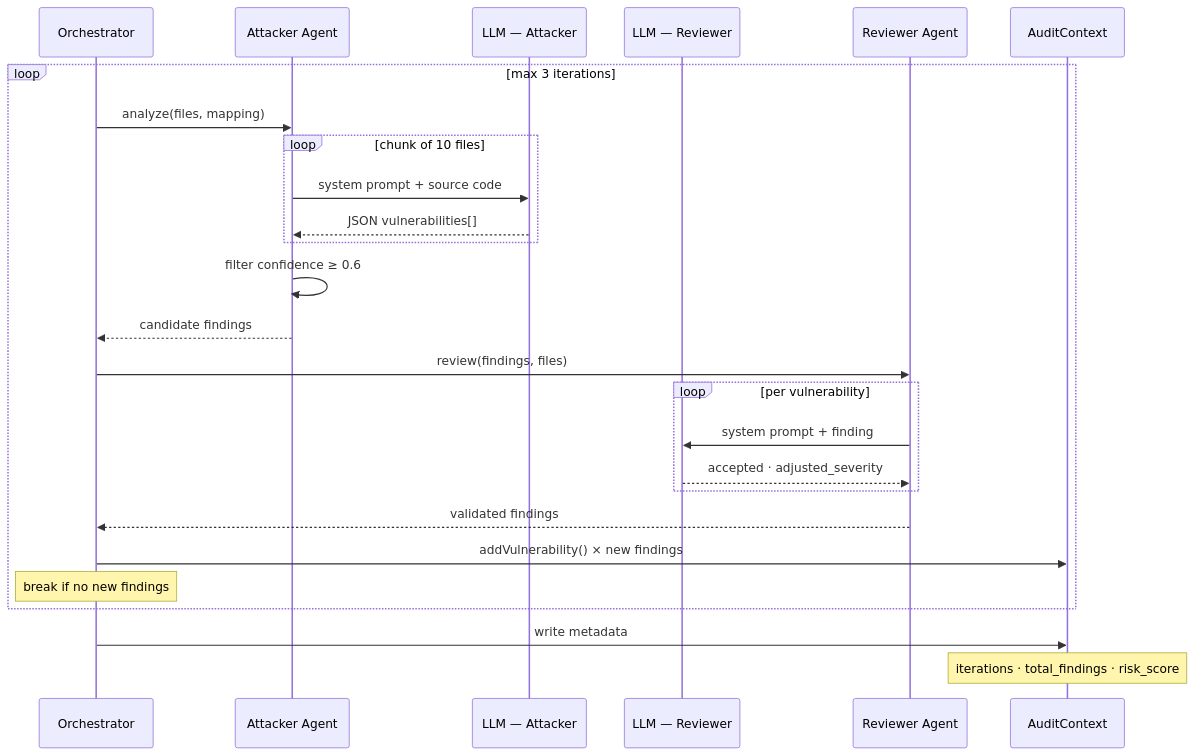
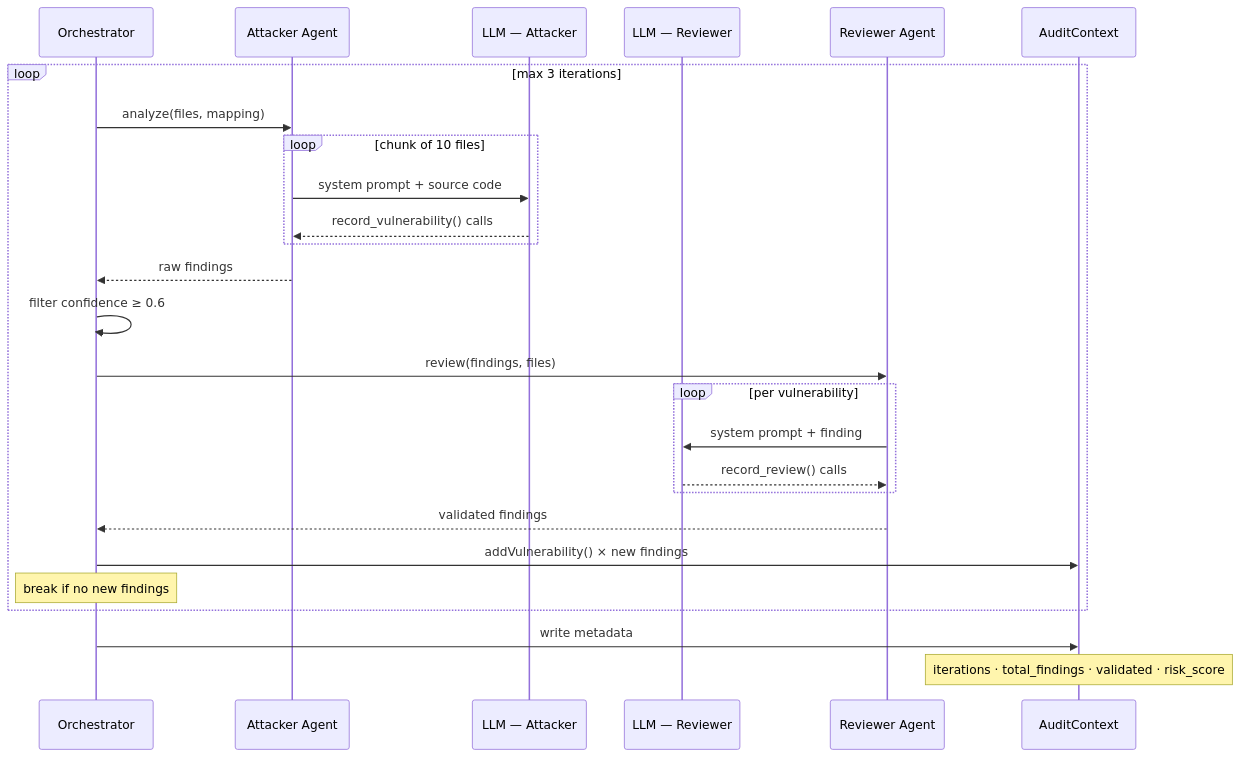
One commit to vinceAmstoutz/symfony-security-auditor changed the third of 4 diagrams in docs/diagrams.md. Above: the diagram before and after it, drawn with Mermaid. The commit also changed other lines of this file, not shown here.

First line of the commit message:
docs: fix staleness in diagrams.md

````diff
--- a/docs/diagrams.md
+++ b/docs/diagrams.md
@@ -74,33 +78,33 @@
 ```mermaid
 %%{init: {'theme': 'default', 'themeVariables': {'background': 'transparent'}}}%%
 sequenceDiagram
     participant O as Orchestrator
     participant A as Attacker Agent
     participant L1 as LLM — Attacker
     participant L2 as LLM — Reviewer
     participant R as Reviewer Agent
     participant C as AuditContext
 
     loop max 3 iterations
         O->>A: analyze(files, mapping)
         loop chunk of 10 files
             A->>L1: system prompt + source code
-            L1-->>A: JSON vulnerabilities[]
+            L1-->>A: record_vulnerability() calls
         end
-        A->>A: filter confidence ≥ 0.6
-        A-->>O: candidate findings
+        A-->>O: raw findings
+        O->>O: filter confidence ≥ 0.6
 
         O->>R: review(findings, files)
         loop per vulnerability
             R->>L2: system prompt + finding
-            L2-->>R: accepted · adjusted_severity
+            L2-->>R: record_review() calls
         end
         R-->>O: validated findings
 
         O->>C: addVulnerability() × new findings
         note over O: break if no new findings
     end
 
     O->>C: write metadata
-    note over C: iterations · total_findings · risk_score
+    note over C: iterations · total_findings · validated · risk_score
 ```
````
